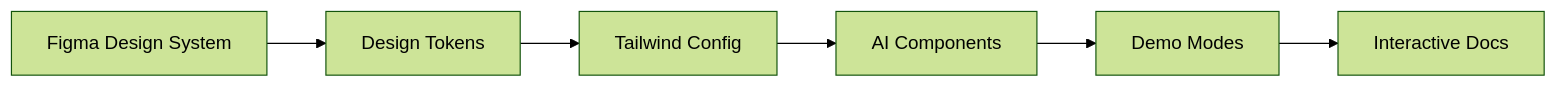
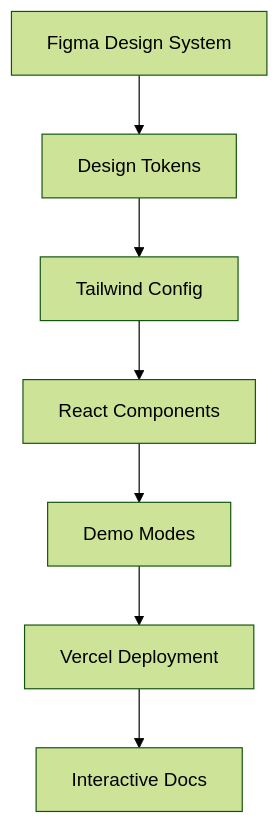
One commit to boost-edu-tools/gitinspectorgui changed the first of 2 diagrams in docs/development/design-system-integration.md. Above: the diagram before and after it, drawn with Mermaid (forest theme). The commit also changed other lines of this file and 11 other files, not shown here.

````diff
--- a/docs/development/design-system-integration.md
+++ b/docs/development/design-system-integration.md
@@ -27,8 +9,9 @@
 ```mermaid
-graph LR
+graph TB
     A[Figma Design System] --> B[Design Tokens]
     B --> C[Tailwind Config]
-    C --> D[AI Components]
+    C --> D[React Components]
     D --> E[Demo Modes]
-    E --> F[Interactive Docs]
+    E --> F[Vercel Deployment]
+    F --> G[Interactive Docs]
 ```
````
